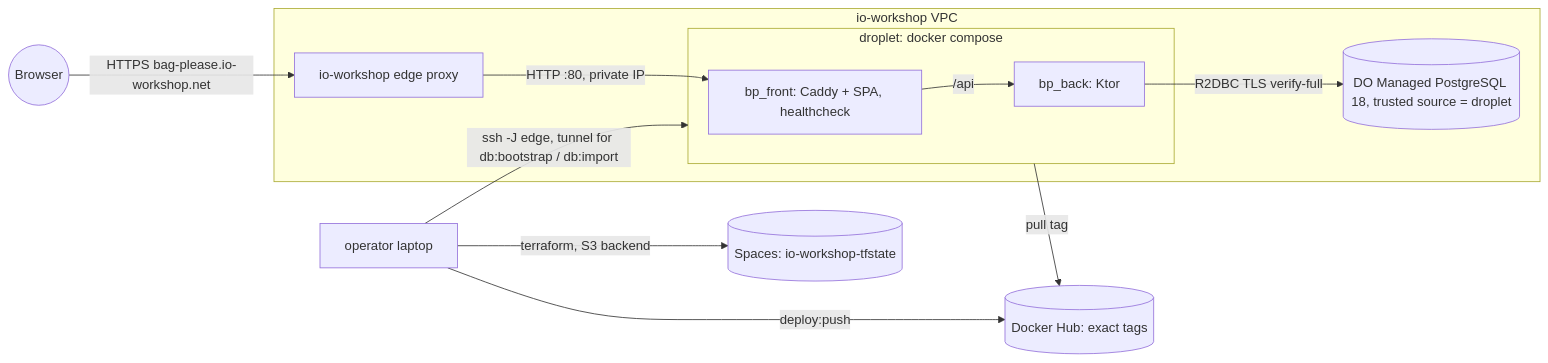
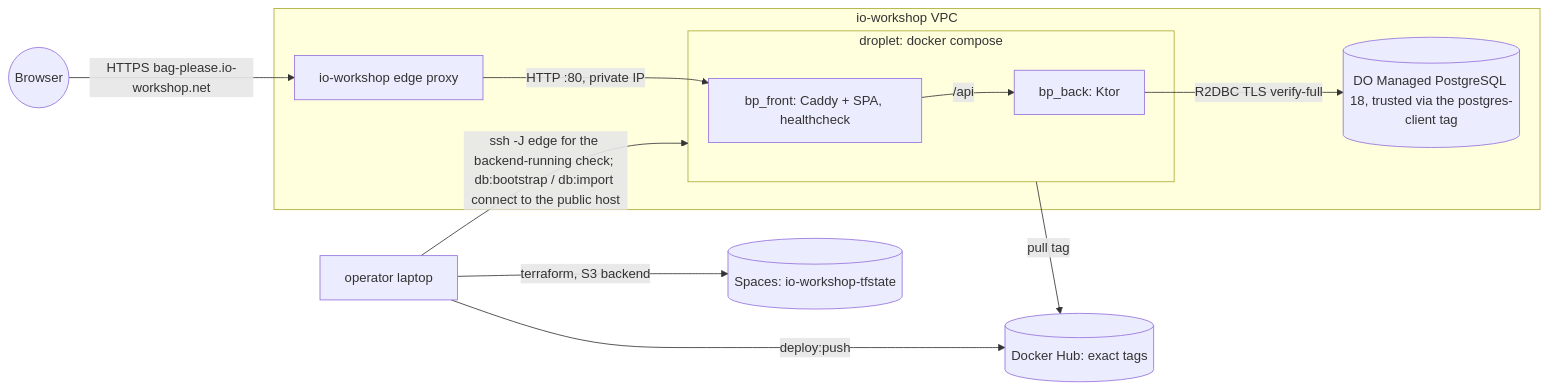
The third of 4 diagrams in _bmad-output/planning-artifacts/architecture/architecture-epic-11/ARCHITECTURE-SPINE.md (MustD/bag-please), drawn with Mermaid before and after one commit. The commit also changed other lines of this file and 14 other files, not shown here.

First line of the commit message:
Story 11.9: use the hub's shared PostgreSQL cluster instead of declaring one

````diff
--- a/_bmad-output/planning-artifacts/architecture/architecture-epic-11/ARCHITECTURE-SPINE.md
+++ b/_bmad-output/planning-artifacts/architecture/architecture-epic-11/ARCHITECTURE-SPINE.md
@@ -421,15 +423,15 @@
 ```mermaid
 flowchart LR
   User((Browser)) -->|HTTPS bag-please.io-workshop.net| Edge[io-workshop edge proxy]
   subgraph VPC[io-workshop VPC]
     Edge -->|HTTP :80, private IP| Caddy
     subgraph Droplet[droplet: docker compose]
       Caddy[bp_front: Caddy + SPA, healthcheck] -->|/api| Back[bp_back: Ktor]
     end
-    Back -->|R2DBC TLS verify-full| DB[(DO Managed PostgreSQL 18, trusted source = droplet)]
+    Back -->|R2DBC TLS verify-full| DB[(DO Managed PostgreSQL 18, trusted via the postgres-client tag)]
   end
-  Op[operator laptop] -->|ssh -J edge, tunnel for db:bootstrap / db:import| Droplet
+  Op[operator laptop] -->|ssh -J edge for the backend-running check; db:bootstrap / db:import connect to the public host| Droplet
   Op -->|terraform, S3 backend| Spaces[(Spaces: io-workshop-tfstate)]
   Op -->|deploy:push| Hub[(Docker Hub: exact tags)]
   Droplet -->|pull tag| Hub
 ```
````
